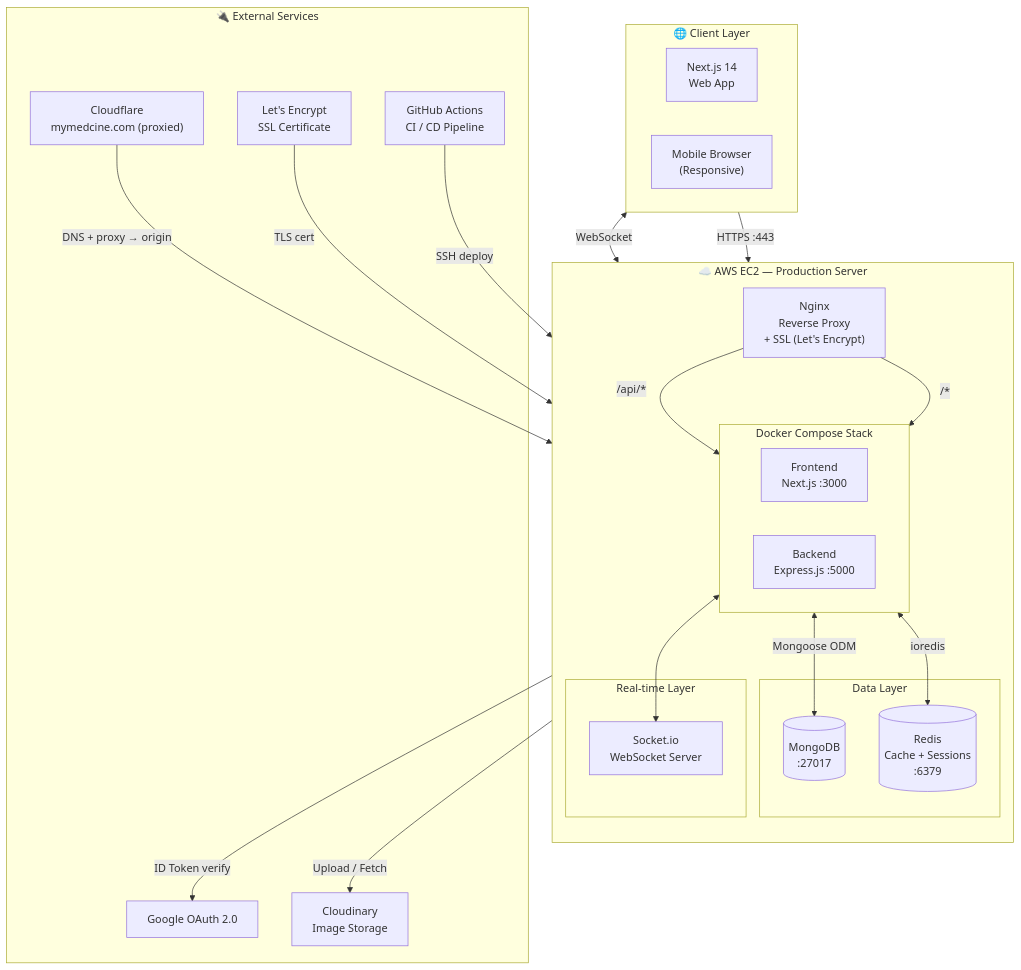
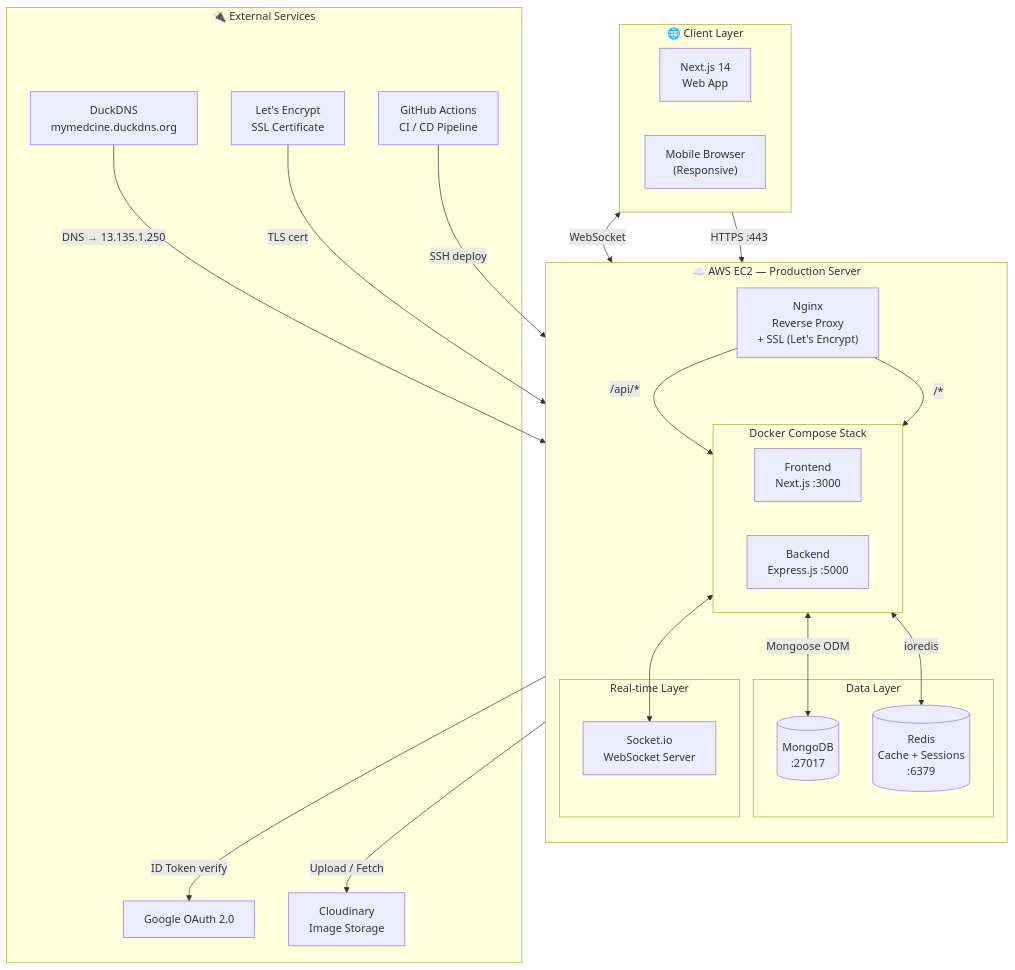
One commit to mazenessam77/pharmacy-backend changed the first of 8 diagrams in WORKFLOW.md. Above: the diagram before and after it, drawn with Mermaid. The commit also changed other lines of this file and 7 other files, not shown here.

First line of the commit message:
fix: restore DuckDNS deploy path for the live EC2 stack

````diff
--- a/WORKFLOW.md
+++ b/WORKFLOW.md
@@ -9,49 +9,49 @@
 ```mermaid
 flowchart TB
     subgraph CLIENT["🌐  Client Layer"]
         direction LR
         WEB["Next.js 14\nWeb App"]
         MOBILE["Mobile Browser\n(Responsive)"]
     end
 
     subgraph CDN["☁️  AWS EC2 — Production Server"]
         direction TB
         NGINX["Nginx\nReverse Proxy\n+ SSL (Let's Encrypt)"]
 
         subgraph APP["Docker Compose Stack"]
             direction LR
             FRONT["Frontend\nNext.js :3000"]
             BACK["Backend\nExpress.js :5000"]
         end
 
         subgraph DATA["Data Layer"]
             MONGO[("MongoDB\n:27017")]
             REDIS[("Redis\nCache + Sessions\n:6379")]
         end
 
         subgraph REALTIME["Real-time Layer"]
             SOCKET["Socket.io\nWebSocket Server"]
         end
     end
 
     subgraph EXTERNAL["🔌  External Services"]
         GOOGLE["Google OAuth 2.0"]
-        CLOUDFLARE["Cloudflare\nmymedcine.com (proxied)"]
+        DUCKDNS["DuckDNS\nmymedcine.duckdns.org"]
         LETS["Let's Encrypt\nSSL Certificate"]
         GITHUB["GitHub Actions\nCI / CD Pipeline"]
         CLOUDINARY["Cloudinary\nImage Storage"]
     end
 
     CLIENT -->|"HTTPS :443"| NGINX
     NGINX -->|"/api/*"| BACK
     NGINX -->|"/*"| FRONT
     BACK <-->|"Mongoose ODM"| MONGO
     BACK <-->|"ioredis"| REDIS
     BACK <--> SOCKET
     WEB <-->|"WebSocket"| SOCKET
     BACK -->|"ID Token verify"| GOOGLE
-    CLOUDFLARE -->|"DNS + proxy → origin"| NGINX
+    DUCKDNS -->|"DNS → 13.135.1.250"| NGINX
     LETS -->|"TLS cert"| NGINX
     GITHUB -->|"SSH deploy"| CDN
     BACK -->|"Upload / Fetch"| CLOUDINARY
 ```
````
